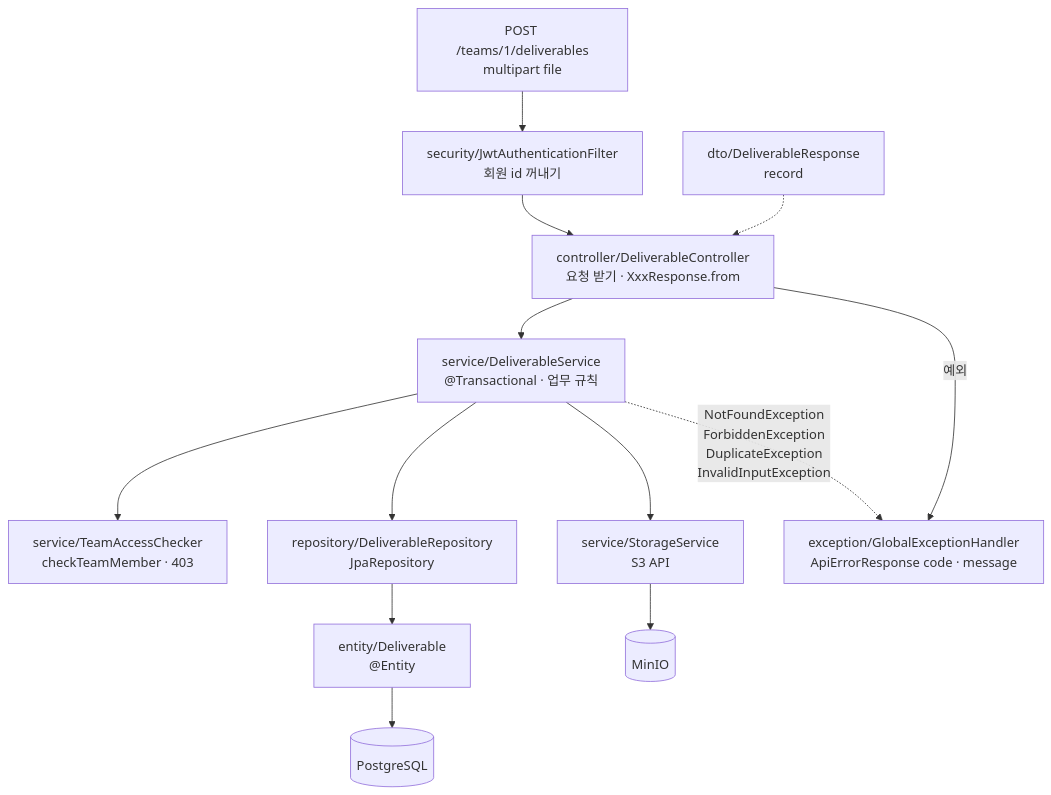
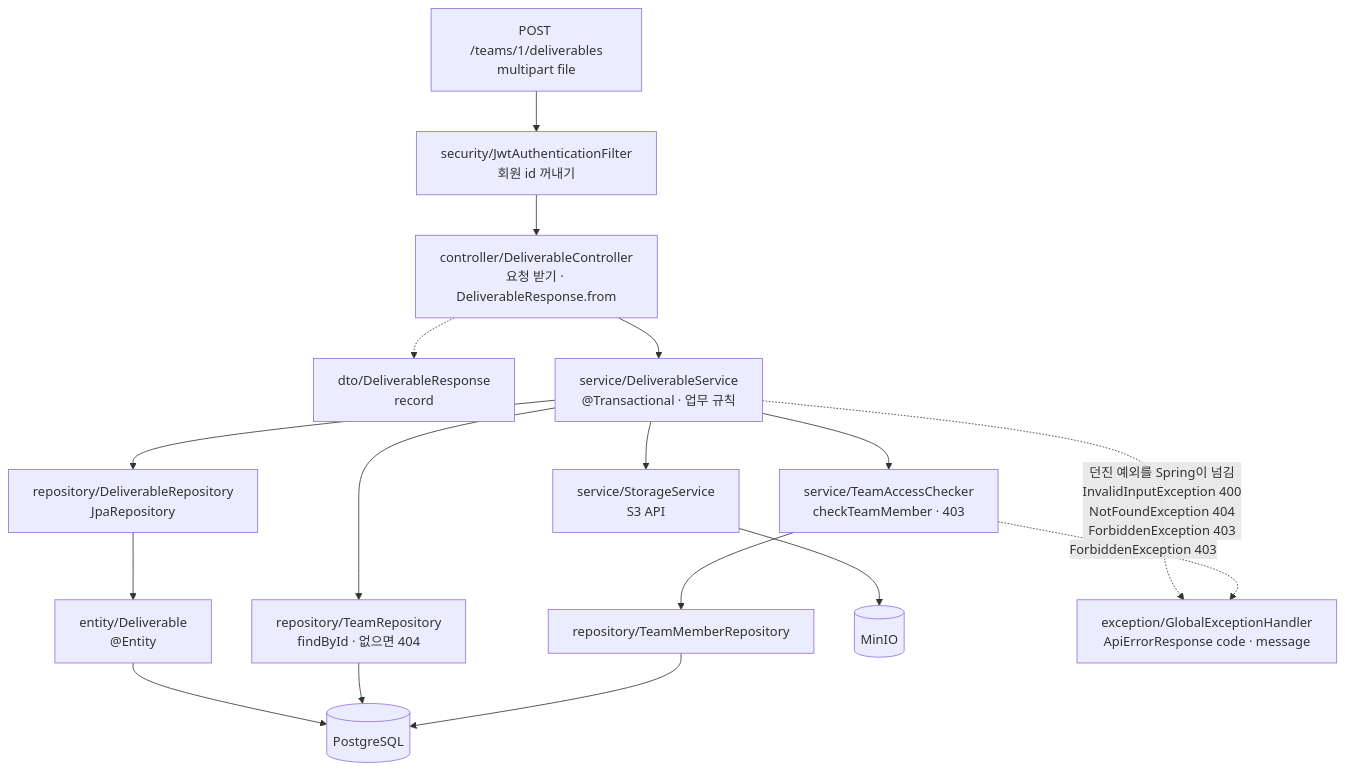
The fifth of 6 diagrams in docs/architecture.md (Pyrite9/footprint-demo), drawn with Mermaid before and after one commit. The commit also changed other lines of this file and 11 other files, not shown here.

````diff
--- a/docs/architecture.md
+++ b/docs/architecture.md
@@ -130,19 +165,22 @@
 ```mermaid
 flowchart TB
     req["POST /teams/1/deliverables<br/>multipart file"] --> filter["security/JwtAuthenticationFilter<br/>회원 id 꺼내기"]
-    filter --> ctrl["controller/DeliverableController<br/>요청 받기 · XxxResponse.from"]
+    filter --> ctrl["controller/DeliverableController<br/>요청 받기 · DeliverableResponse.from"]
+    ctrl -.-> dto["dto/DeliverableResponse<br/>record"]
     ctrl --> svc["service/DeliverableService<br/>@Transactional · 업무 규칙"]
 
+    svc --> teamRepo["repository/TeamRepository<br/>findById · 없으면 404"]
     svc --> checker["service/TeamAccessChecker<br/>checkTeamMember · 403"]
     svc --> repo["repository/DeliverableRepository<br/>JpaRepository"]
     svc --> storage["service/StorageService<br/>S3 API"]
 
+    checker --> tmRepo["repository/TeamMemberRepository"]
     repo --> entity["entity/Deliverable<br/>@Entity"]
     entity --> db[("PostgreSQL")]
+    teamRepo --> db
+    tmRepo --> db
     storage --> minio[("MinIO")]
 
-    ctrl -- "예외" --> handler["exception/GlobalExceptionHandler<br/>ApiErrorResponse code · message"]
-    svc -. "NotFoundException<br/>ForbiddenException<br/>DuplicateException<br/>InvalidInputException" .-> handler
-
-    dto["dto/DeliverableResponse<br/>record"] -.-> ctrl
+    svc -. "던진 예외를 Spring이 넘김<br/>InvalidInputException 400<br/>NotFoundException 404<br/>ForbiddenException 403" .-> handler["exception/GlobalExceptionHandler<br/>ApiErrorResponse code · message"]
+    checker -. "ForbiddenException 403" .-> handler
 ```
````
